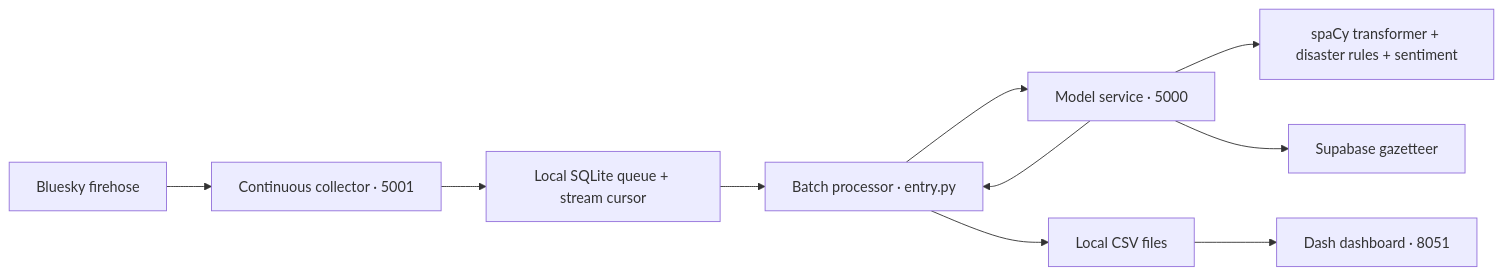
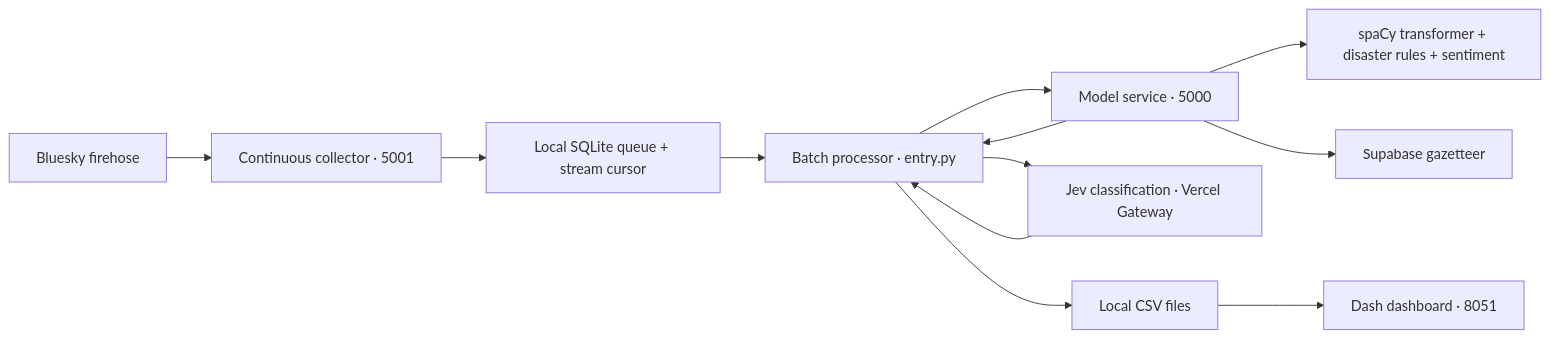
Before and after one commit to nikitab724/crisis-analysis: the diagram in README.md, drawn with Mermaid. The commit also changed other lines of this file and 19 other files, not shown here.

````diff
--- a/README.md
+++ b/README.md
@@ -19,12 +19,14 @@
 ```mermaid
 flowchart LR
     B[Bluesky firehose] --> S[Continuous collector · 5001]
     S --> Q[Local SQLite queue + stream cursor]
     Q --> E[Batch processor · entry.py]
     E --> M[Model service · 5000]
     M --> N[spaCy transformer + disaster rules + sentiment]
     M --> G[Supabase gazetteer]
     M --> E
+    E --> J[Jev classification · Vercel Gateway]
+    J --> E
     E --> C[Local CSV files]
     C --> D[Dash dashboard · 8051]
 ```
````
